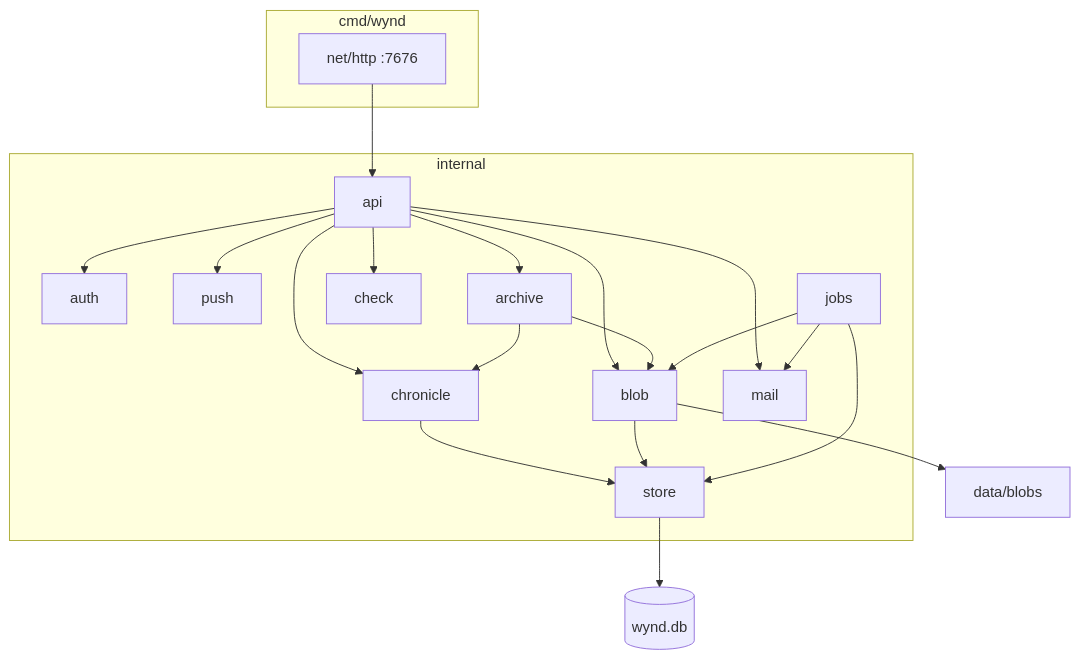
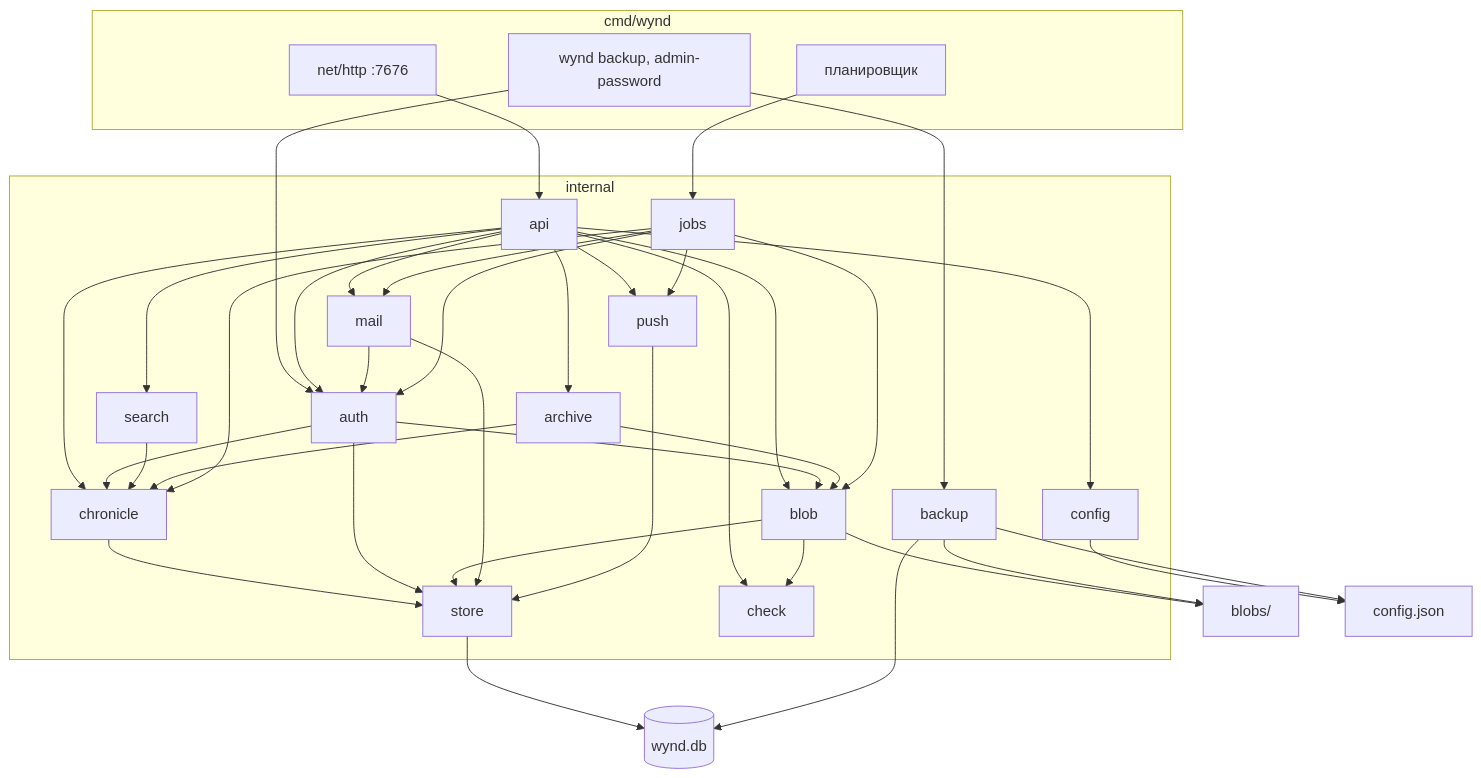
Before and after one commit to mixeme/wynd: the diagram in docs/reference/server-reference.md, drawn with Mermaid. The commit also changed other lines of this file and 232 other files, not shown here.

````diff
--- a/docs/reference/server-reference.md
+++ b/docs/reference/server-reference.md
@@ -10,35 +10,59 @@
 ```mermaid
 flowchart TB
   subgraph bin [cmd/wynd]
     HTTP["net/http :7676"]
+    Sched[планировщик]
+    CLI["wynd backup, admin-password"]
   end
   subgraph domain [internal]
     API[api]
     Auth[auth]
     Chron[chronicle]
+    Search[search]
     Store[store]
     Blob[blob]
     Mail[mail]
     Push[push]
     Jobs[jobs]
     Check[check]
     Archive[archive]
+    Config[config]
+    Backup[backup]
   end
   HTTP --> API
+  Sched --> Jobs
+  CLI --> Backup
+  CLI --> Auth
   API --> Auth
   API --> Chron
+  API --> Search
   API --> Blob
   API --> Mail
   API --> Push
   API --> Check
   API --> Archive
-  Chron --> Store
-  Blob --> Store
+  API --> Config
+  Auth --> Chron
+  Auth --> Blob
+  Mail --> Auth
+  Search --> Chron
   Archive --> Chron
   Archive --> Blob
-  Jobs --> Store
+  Blob --> Check
+  Jobs --> Auth
+  Jobs --> Chron
   Jobs --> Blob
   Jobs --> Mail
+  Jobs --> Push
+  Chron --> Store
+  Auth --> Store
+  Blob --> Store
+  Mail --> Store
+  Push --> Store
   Store --> SQLite[(wynd.db)]
-  Blob --> FS[data/blobs]
+  Blob --> FS[blobs/]
+  Config --> Cfg[config.json]
+  Backup --> SQLite
+  Backup --> FS
+  Backup --> Cfg
 ```
````
